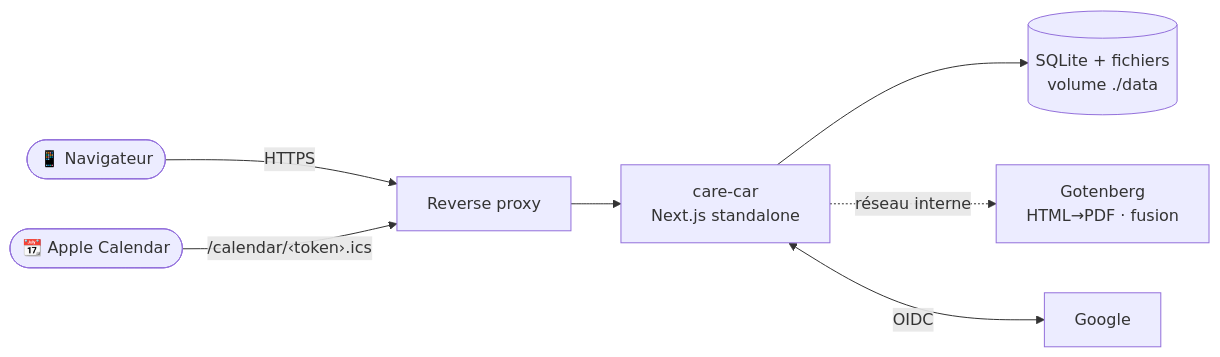
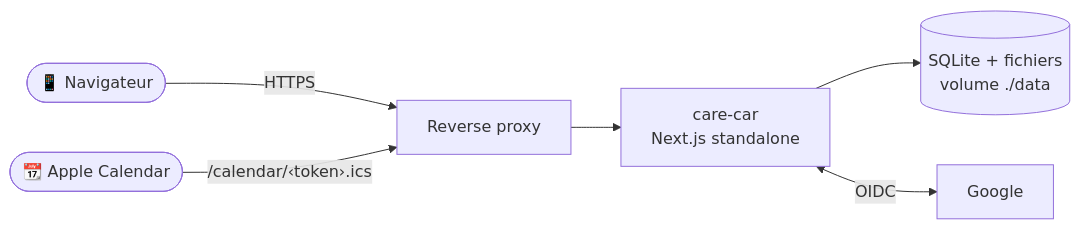
The diagram in README.md (gaetanars/care-car), drawn with Mermaid before and after one commit. The commit also changed other lines of this file and 7 other files, not shown here.

First line of the commit message:
chore: remove Gotenberg, generate PDF export in-app

````diff
--- a/README.md
+++ b/README.md
@@ -42,9 +42,8 @@
 ```mermaid
 flowchart LR
     U([📱 Navigateur]) -->|HTTPS| P[Reverse proxy]
     P --> A["care-car<br/>Next.js standalone"]
     A --> D[("SQLite + fichiers<br/>volume ./data")]
-    A -.->|réseau interne| G[Gotenberg<br/>HTML→PDF · fusion]
     A <-->|OIDC| O[Google]
     C([📆 Apple Calendar]) -->|/calendar/‹token›.ics| P
 ```
````
